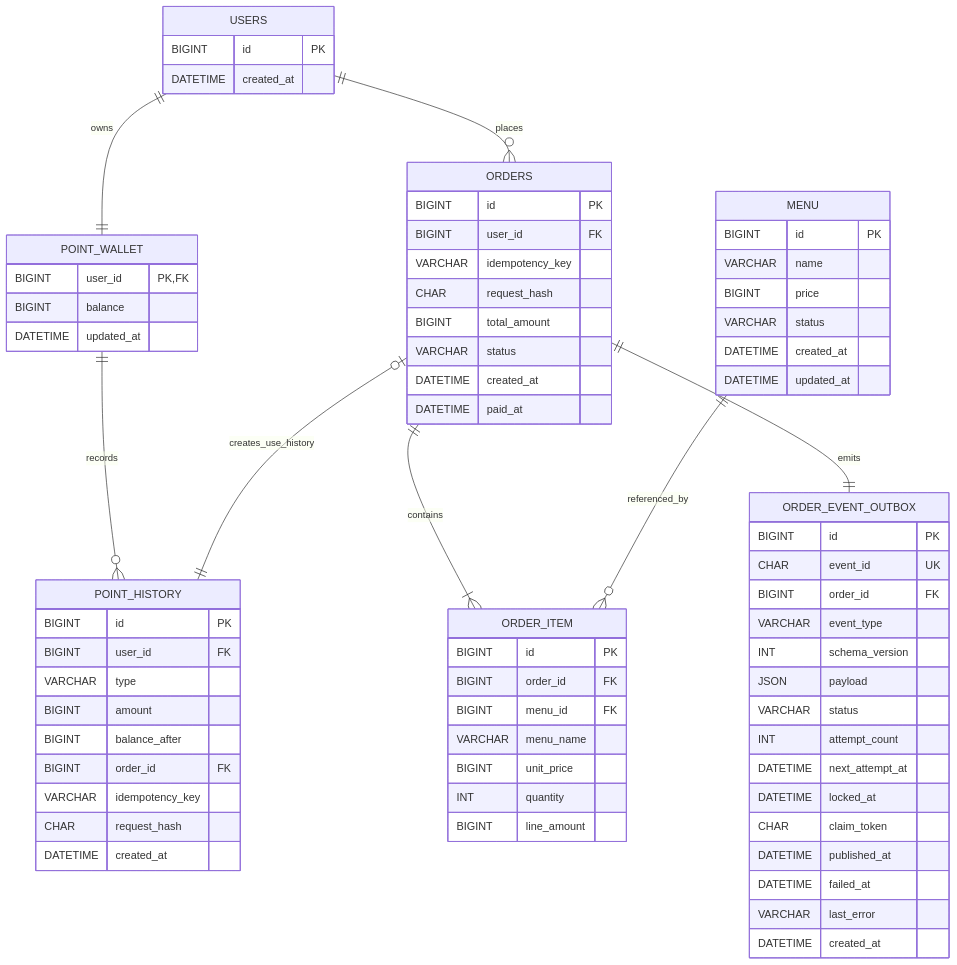
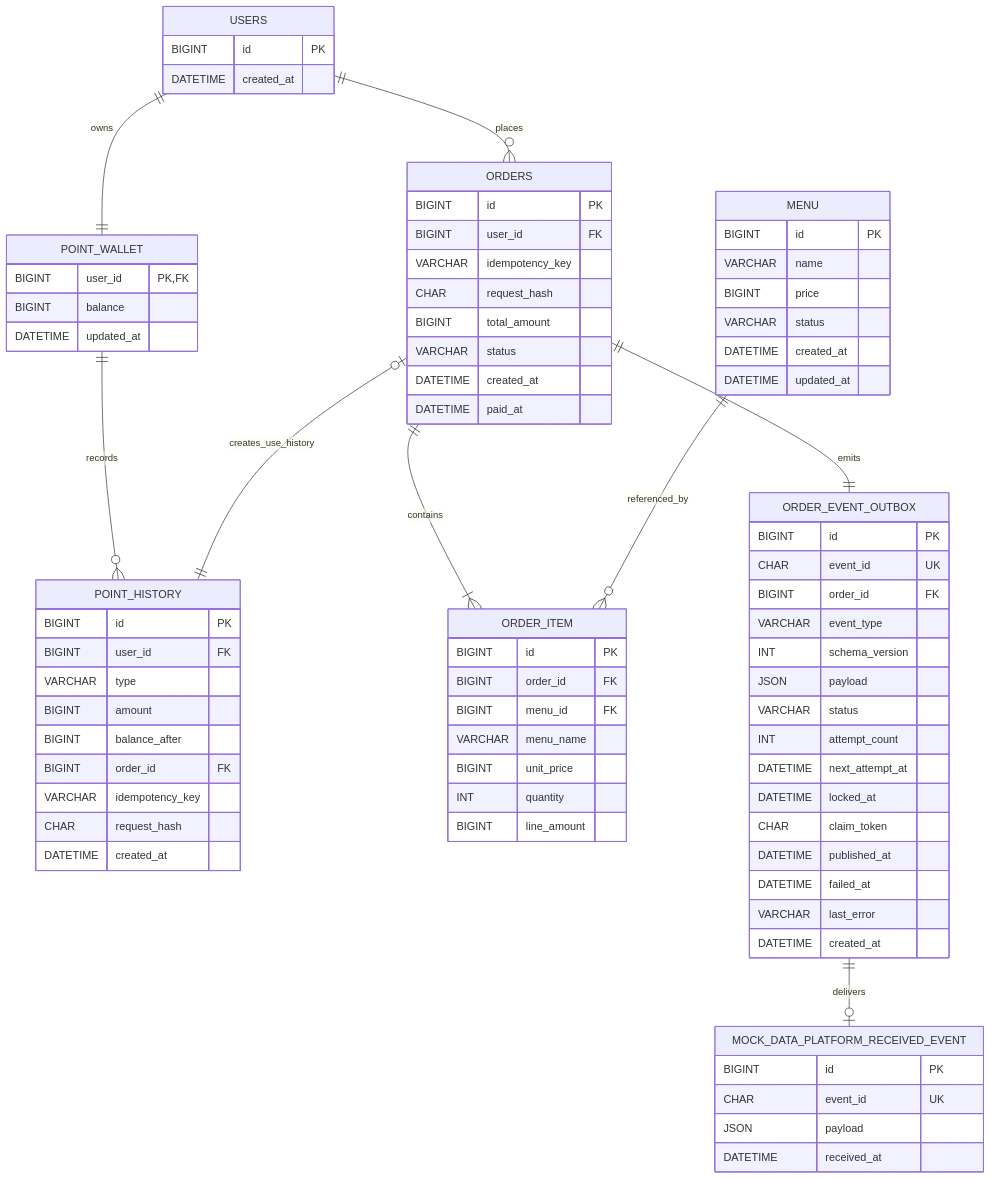
One commit to usersy628/coffee-order-system changed the second of 3 diagrams in README.md. Above: the diagram before and after it, drawn with Mermaid. The commit also changed other lines of this file and 2 other files, not shown here.

Commit message:
docs: ready outbox publisher plan (#6)

````diff
--- a/README.md
+++ b/README.md
@@ -515,6 +523,7 @@
     MENU ||--o{ ORDER_ITEM : referenced_by
     ORDERS o|--|| POINT_HISTORY : creates_use_history
     ORDERS ||--|| ORDER_EVENT_OUTBOX : emits
+    ORDER_EVENT_OUTBOX ||--o| MOCK_DATA_PLATFORM_RECEIVED_EVENT : delivers
 
     USERS {
         BIGINT id PK
@@ -586,4 +595,11 @@
         VARCHAR last_error
         DATETIME created_at
     }
+
+    MOCK_DATA_PLATFORM_RECEIVED_EVENT {
+        BIGINT id PK
+        CHAR event_id UK
+        JSON payload
+        DATETIME received_at
+    }
 ```
````
